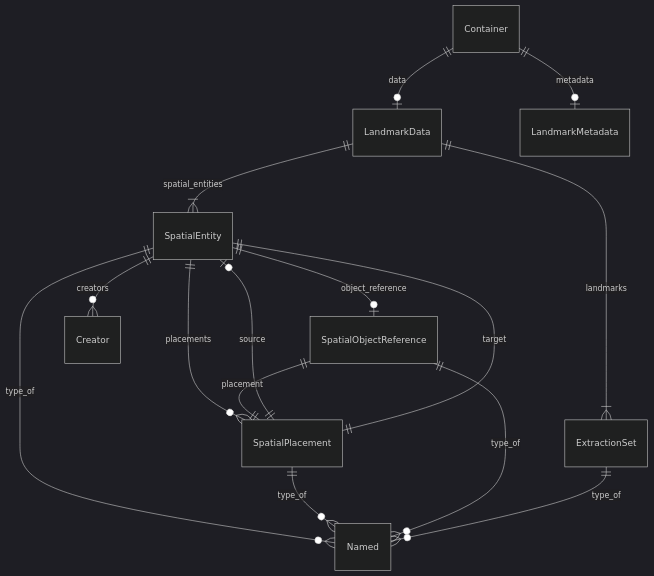
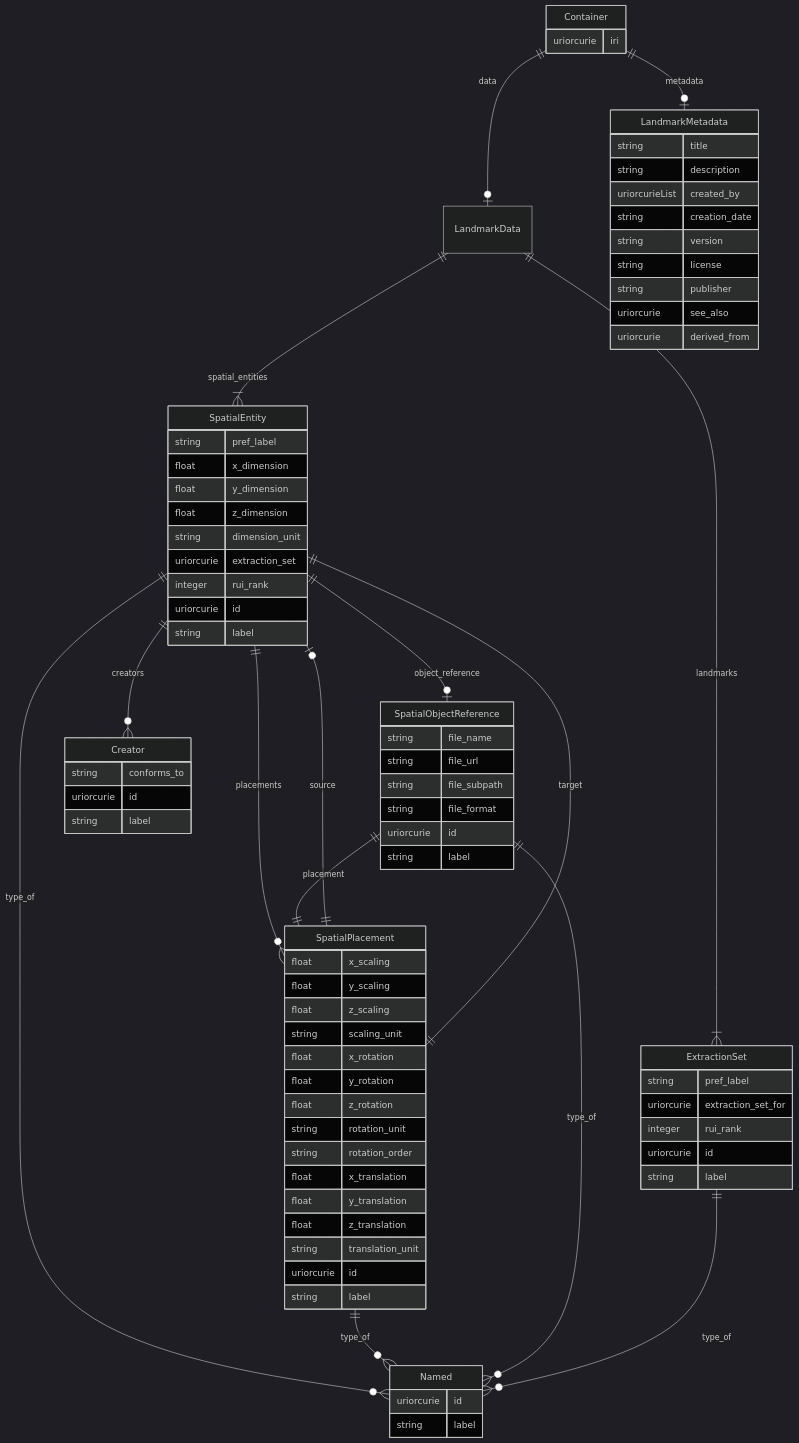
Before and after one commit to hubmapconsortium/hra-do-processor: the seventh of 11 diagrams in er-diagrams.md, drawn with Mermaid (dark theme). The commit also changed other lines of this file, not shown here.

Commit message:
ER Diagram update

````diff
--- a/er-diagrams.md
+++ b/er-diagrams.md
@@ -187,31 +326,73 @@
 ```mermaid
 erDiagram
 Container {
-
+    uriorcurie iri  
 }
 LandmarkData {
 
 }
 SpatialEntity {
-
+    string pref_label  
+    float x_dimension  
+    float y_dimension  
+    float z_dimension  
+    string dimension_unit  
+    uriorcurie extraction_set  
+    integer rui_rank  
+    uriorcurie id  
+    string label  
 }
 Named {
-
+    uriorcurie id  
+    string label  
 }
 SpatialPlacement {
-
+    float x_scaling  
+    float y_scaling  
+    float z_scaling  
+    string scaling_unit  
+    float x_rotation  
+    float y_rotation  
+    float z_rotation  
+    string rotation_unit  
+    string rotation_order  
+    float x_translation  
+    float y_translation  
+    float z_translation  
+    string translation_unit  
+    uriorcurie id  
+    string label  
 }
 SpatialObjectReference {
-
+    string file_name  
+    string file_url  
+    string file_subpath  
+    string file_format  
+    uriorcurie id  
+    string label  
 }
 Creator {
-
+    string conforms_to  
+    uriorcurie id  
+    string label  
 }
 ExtractionSet {
-
+    string pref_label  
+    uriorcurie extraction_set_for  
+    integer rui_rank  
+    uriorcurie id  
+    string label  
 }
 LandmarkMetadata {
-
+    string title  
+    string description  
+    uriorcurieList created_by  
+    string creation_date  
+    string version  
+    string license  
+    string publisher  
+    uriorcurie see_also  
+    uriorcurie derived_from  
 }
 
 Container ||--|o LandmarkMetadata : "metadata"
````
